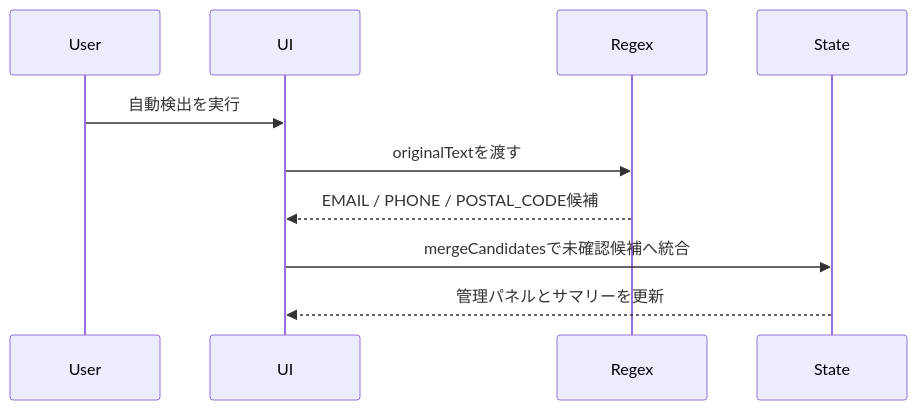
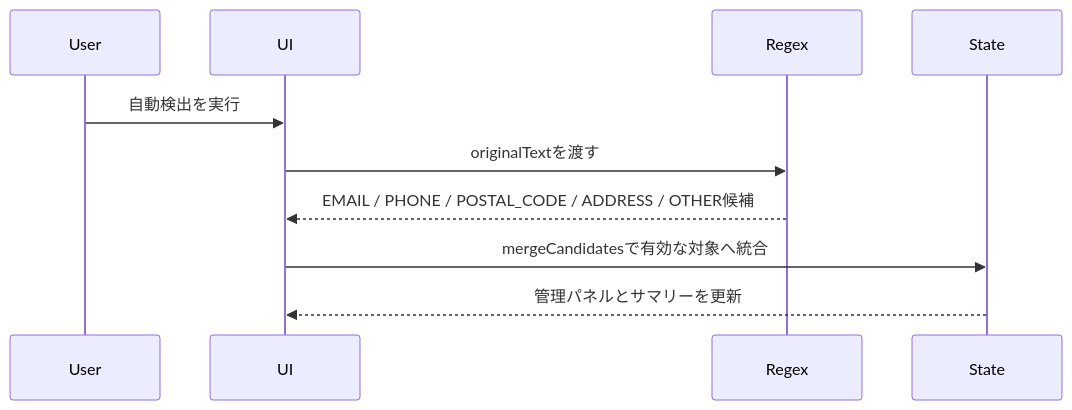
Before and after one commit to Bamboosato/local-pii-masker: the fourth of 5 diagrams in docs/architecture.md, drawn with Mermaid. The commit also changed other lines of this file and 63 other files, not shown here.

````diff
--- a/docs/architecture.md
+++ b/docs/architecture.md
@@ -345,13 +378,13 @@
 ```mermaid
 sequenceDiagram
     participant User
     participant UI
     participant Regex
     participant State
 
     User->>UI: 自動検出を実行
     UI->>Regex: originalTextを渡す
-    Regex-->>UI: EMAIL / PHONE / POSTAL_CODE候補
-    UI->>State: mergeCandidatesで未確認候補へ統合
+    Regex-->>UI: EMAIL / PHONE / POSTAL_CODE / ADDRESS / OTHER候補
+    UI->>State: mergeCandidatesで有効な対象へ統合
     State-->>UI: 管理パネルとサマリーを更新
 ```
````
